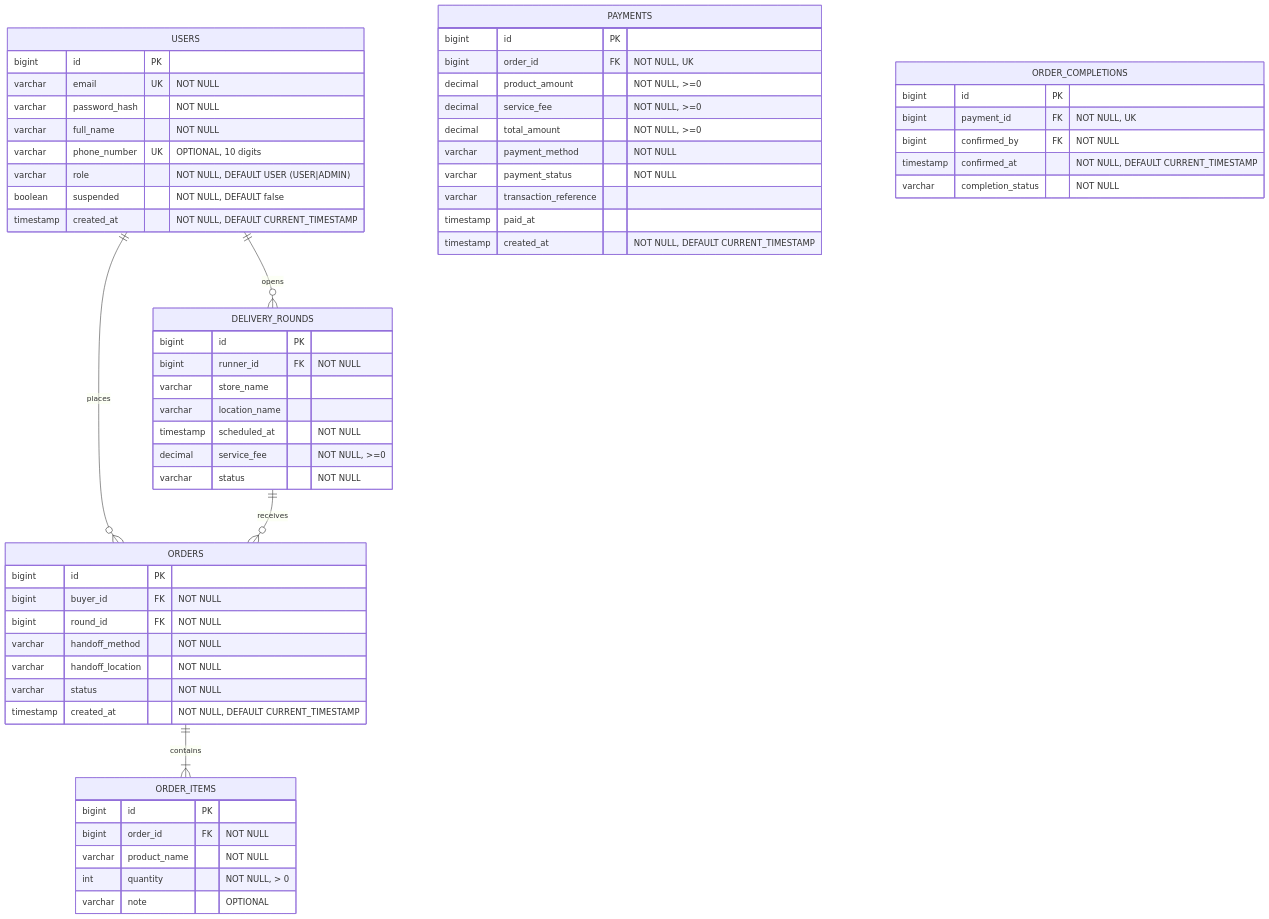
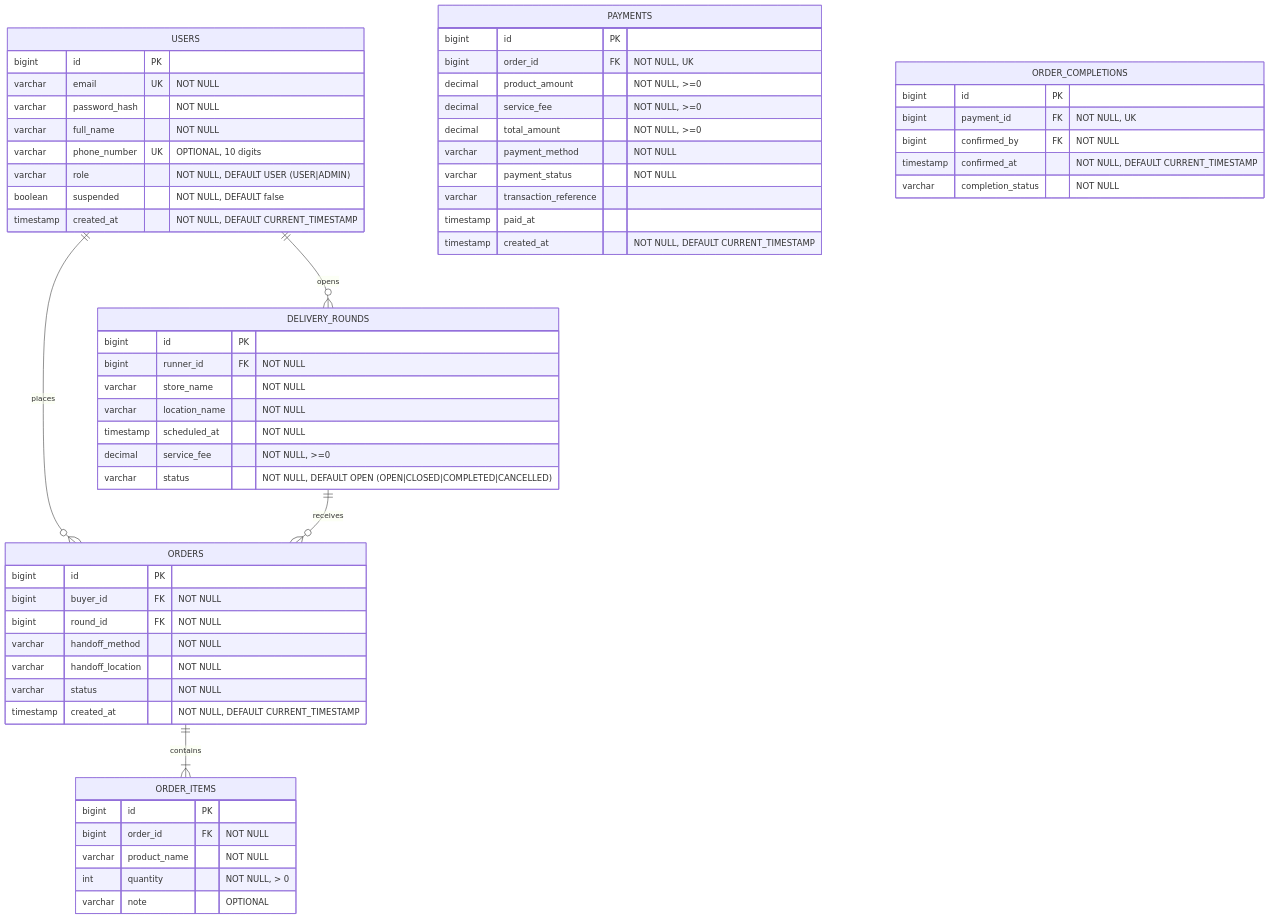
The diagram in docs/database/ERD.md (BlackyB0o/CS261_650001_group5), drawn with Mermaid before and after one commit.

Commit message:
ERD mark DELIVERY_ROUNDS store and location as required (US02)

````diff
--- a/docs/database/ERD.md
+++ b/docs/database/ERD.md
@@ -5,76 +5,76 @@
 ```mermaid
 erDiagram
     %% Task 08, 29 - เปิดรอบ / ค้นหารอบรับหิ้ว
     USERS ||--o{ DELIVERY_ROUNDS : opens
 
     %% Task 16, 34 - ฝากซื้อ / รายการฝากซื้อในรอบ
     USERS ||--o{ ORDERS : places
     DELIVERY_ROUNDS ||--o{ ORDERS : receives
     ORDERS ||--|{ ORDER_ITEMS : contains
 
     %% Task 04, 54 - ผู้ใช้ (role, suspended เพิ่มสำหรับ Admin US10)
     USERS {
         bigint id PK
         varchar email UK "NOT NULL"
         varchar password_hash "NOT NULL"
         varchar full_name "NOT NULL"
         varchar phone_number UK "OPTIONAL, 10 digits"
         varchar role "NOT NULL, DEFAULT USER (USER|ADMIN)"
         boolean suspended "NOT NULL, DEFAULT false"
         timestamp created_at "NOT NULL, DEFAULT CURRENT_TIMESTAMP"
     }
 
-    %% Task 08 - เปิดรอบรับหิ้ว
+    %% Task 08, 29 - รอบรับหิ้ว
     DELIVERY_ROUNDS {
         bigint id PK
         bigint runner_id FK "NOT NULL"
-        varchar store_name
-        varchar location_name
+        varchar store_name "NOT NULL"
+        varchar location_name "NOT NULL"
         timestamp scheduled_at "NOT NULL"
         decimal service_fee "NOT NULL, >=0"
-        varchar status "NOT NULL"
+        varchar status "NOT NULL, DEFAULT OPEN (OPEN|CLOSED|COMPLETED|CANCELLED)"
     }
 
     %% Task 16 - ฝากซื้อสินค้า/อาหาร
     ORDERS {
         bigint id PK
         bigint buyer_id FK "NOT NULL"
         bigint round_id FK "NOT NULL"
         varchar handoff_method "NOT NULL"
         varchar handoff_location "NOT NULL"
         varchar status "NOT NULL"
         timestamp created_at "NOT NULL, DEFAULT CURRENT_TIMESTAMP"
     }
 
     %% Task 16 - รายการสินค้าในคำสั่งซื้อ
     ORDER_ITEMS {
         bigint id PK
         bigint order_id FK "NOT NULL"
         varchar product_name "NOT NULL"
         int quantity "NOT NULL, > 0"
         varchar note "OPTIONAL"
     }
 
     %% Task 20 - ชำระค่าสินค้าและค่าหิ้ว
     PAYMENTS {
         bigint id PK
         bigint order_id FK "NOT NULL, UK"
         decimal product_amount "NOT NULL, >=0"
         decimal service_fee "NOT NULL, >=0"
         decimal total_amount "NOT NULL, >=0"
         varchar payment_method "NOT NULL"
         varchar payment_status "NOT NULL"
         varchar transaction_reference
         timestamp paid_at
         timestamp created_at "NOT NULL, DEFAULT CURRENT_TIMESTAMP"
     }
 
     %% Task 24 - ยืนยันรับสินค้าและปิดออเดอร์
     ORDER_COMPLETIONS {
         bigint id PK
         bigint payment_id FK "NOT NULL, UK"
         bigint confirmed_by FK "NOT NULL"
         timestamp confirmed_at "NOT NULL, DEFAULT CURRENT_TIMESTAMP"
         varchar completion_status "NOT NULL"
     }
 ```
````
